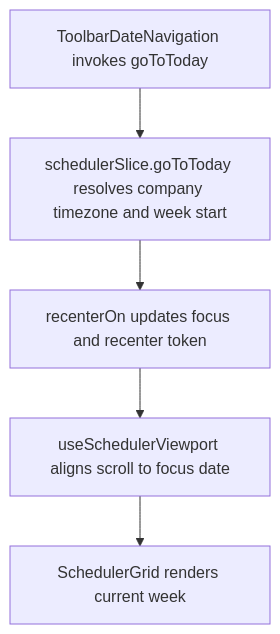
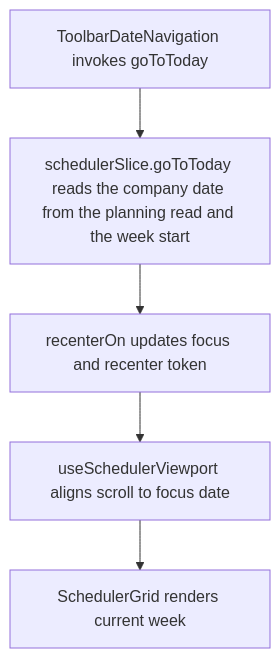
The second of 2 diagrams in user-stories/toolbar/US-TBR-03-today.md (Kevinjohn/capacitylens), drawn with Mermaid before and after one commit. The commit also changed 39 other files, not shown here.

First line of the commit message:
Use the server's company date in the browser

````diff
--- a/user-stories/toolbar/US-TBR-03-today.md
+++ b/user-stories/toolbar/US-TBR-03-today.md
@@ -32,7 +32,7 @@
 ```mermaid
 flowchart TD
-  A["ToolbarDateNavigation invokes goToToday"] --> B["schedulerSlice.goToToday resolves company timezone and week start"]
+  A["ToolbarDateNavigation invokes goToToday"] --> B["schedulerSlice.goToToday reads the company date from the planning read and the week start"]
   B --> C["recenterOn updates focus and recenter token"]
   C --> D["useSchedulerViewport aligns scroll to focus date"]
   D --> E["SchedulerGrid renders current week"]
 ```
````
